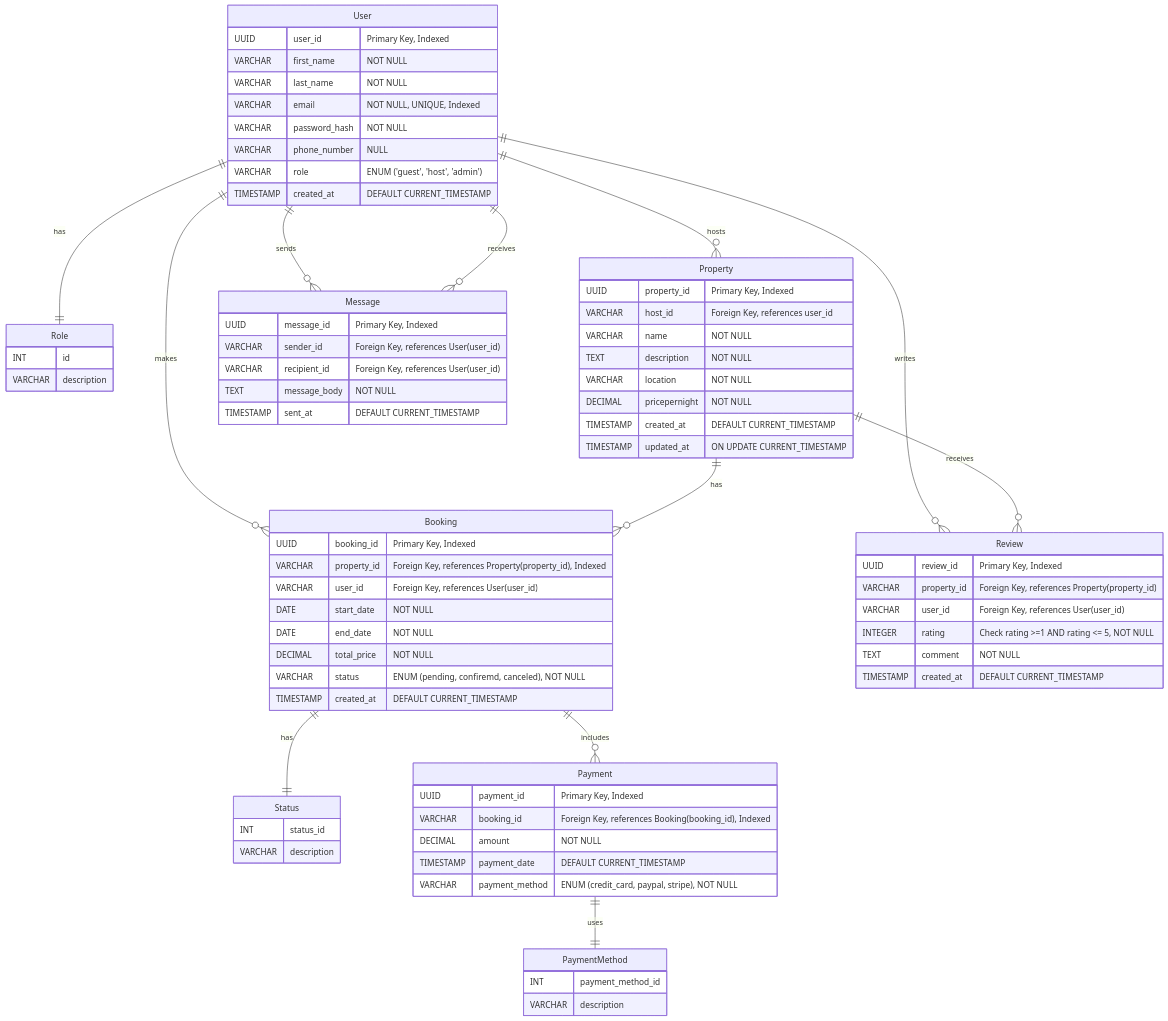
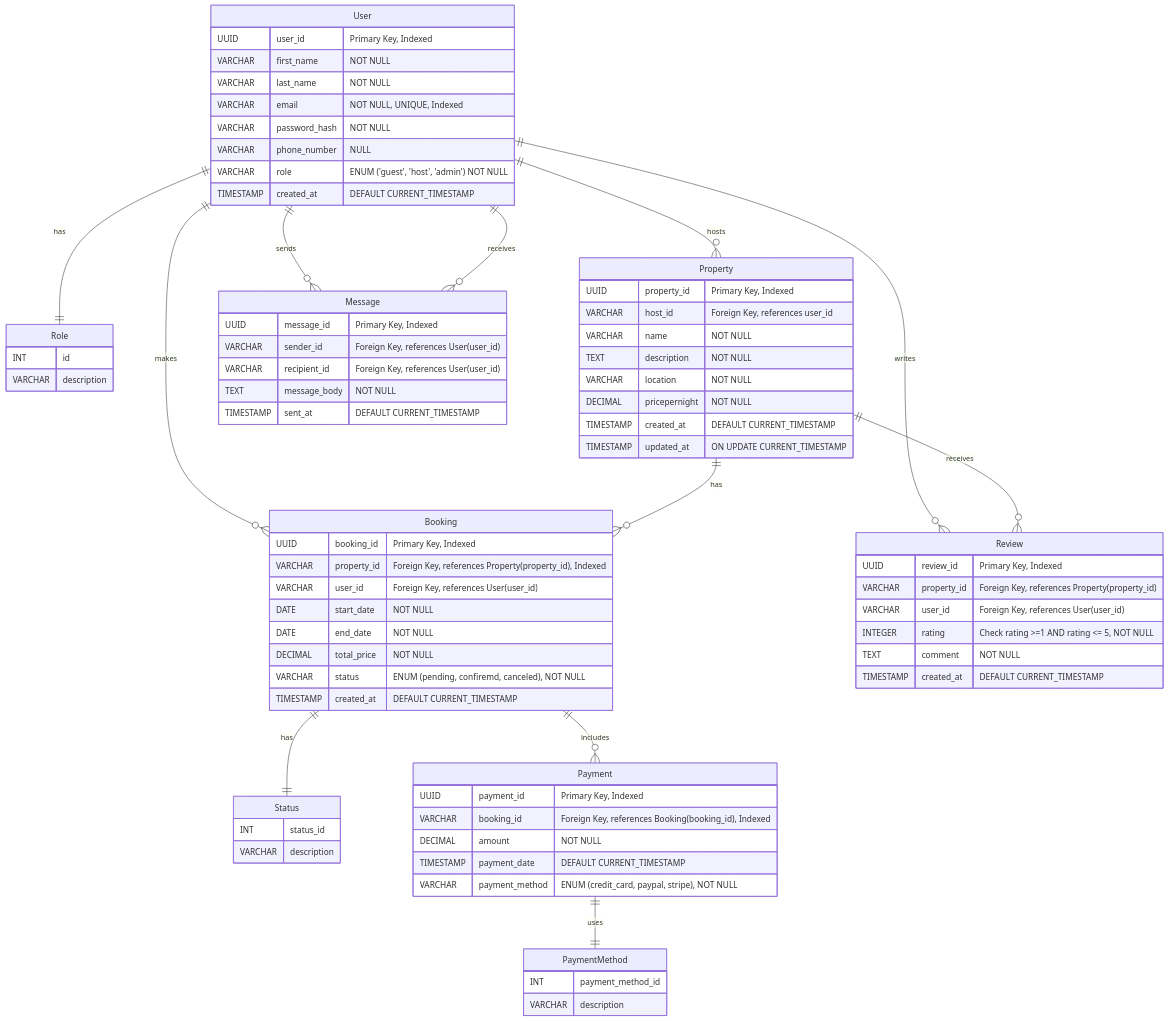
One commit to KenImade/alx-airbnb-database changed the diagram in ERD/requirements.md. Above: the diagram before and after it, drawn with Mermaid. The commit also changed 1 other file, not shown here.

```diff
--- a/ERD/requirements.md
+++ b/ERD/requirements.md
@@ -9,7 +9,7 @@
         VARCHAR email "NOT NULL, UNIQUE, Indexed"
         VARCHAR password_hash "NOT NULL"
         VARCHAR phone_number "NULL"
-        VARCHAR role "ENUM ('guest', 'host', 'admin')"
+        VARCHAR role "ENUM ('guest', 'host', 'admin') NOT NULL"
         TIMESTAMP created_at "DEFAULT CURRENT_TIMESTAMP"
     }
 
```
